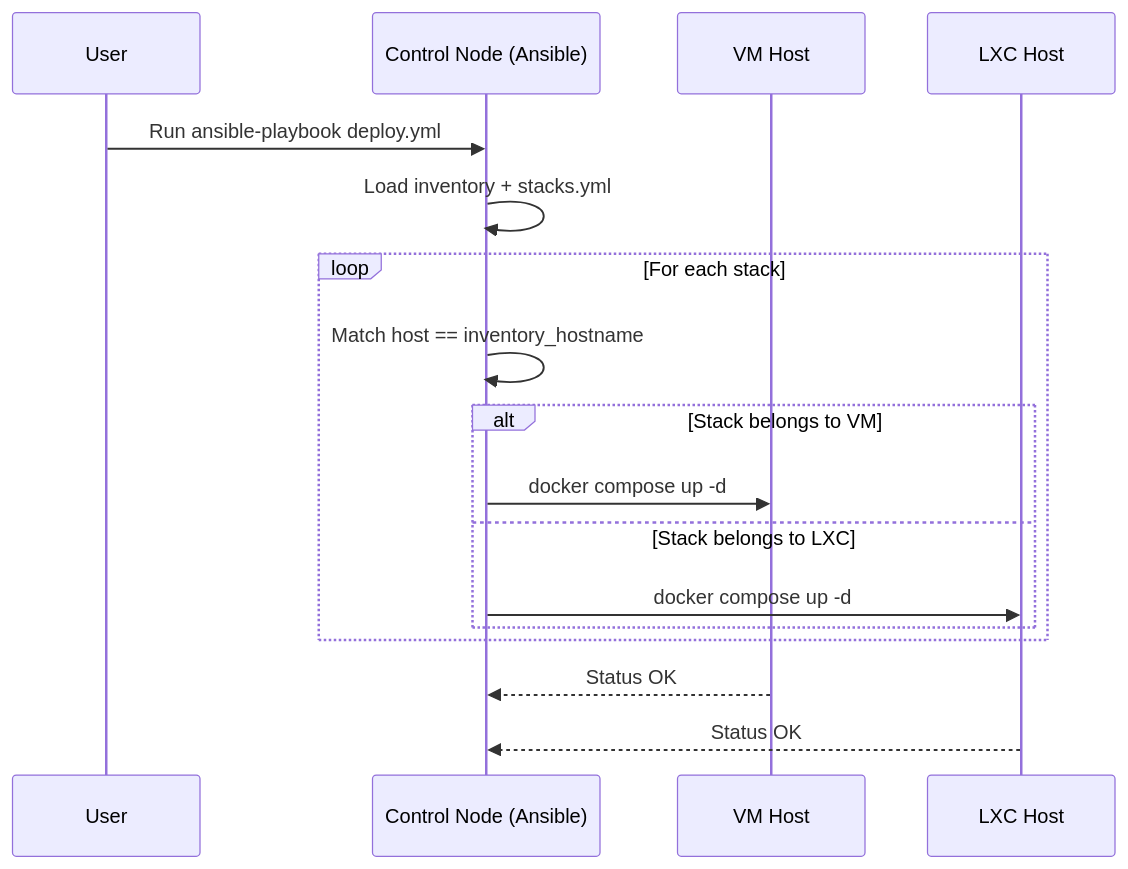
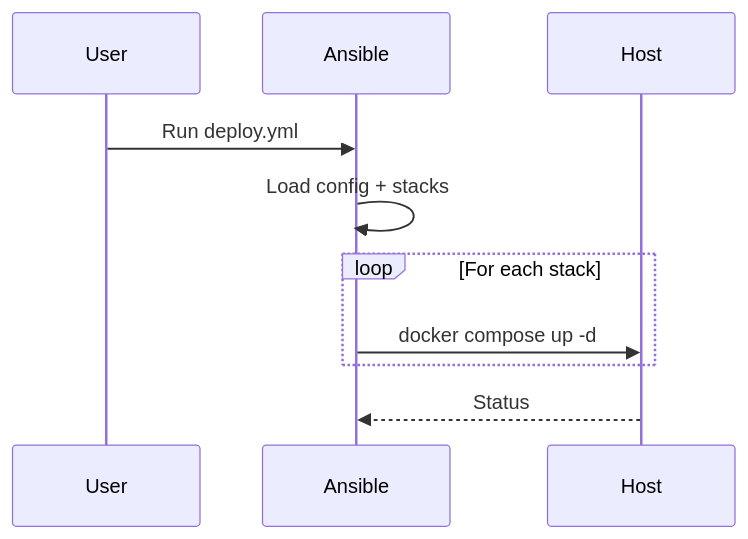
The second of 2 diagrams in docs/architechture.md (nileshkinge/homelab), drawn with Mermaid before and after one commit. The commit also changed other lines of this file and 3 other files, not shown here.

````diff
--- a/docs/architechture.md
+++ b/docs/architechture.md
@@ -50,22 +36,15 @@
 ```mermaid
 sequenceDiagram
     participant User
-    participant WSL as Control Node (Ansible)
-    participant VM as VM Host
-    participant LXC as LXC Host
+    participant Ansible
+    participant Host
 
-    User->>WSL: Run ansible-playbook deploy.yml
-    WSL->>WSL: Load inventory + stacks.yml
+    User->>Ansible: Run deploy.yml
+    Ansible->>Ansible: Load config + stacks
 
     loop For each stack
-        WSL->>WSL: Match host == inventory_hostname
-        alt Stack belongs to VM
-            WSL->>VM: docker compose up -d
-        else Stack belongs to LXC
-            WSL->>LXC: docker compose up -d
-        end
+        Ansible->>Host: docker compose up -d
     end
 
-    VM-->>WSL: Status OK
-    LXC-->>WSL: Status OK
+    Host-->>Ansible: Status
 ```
````
